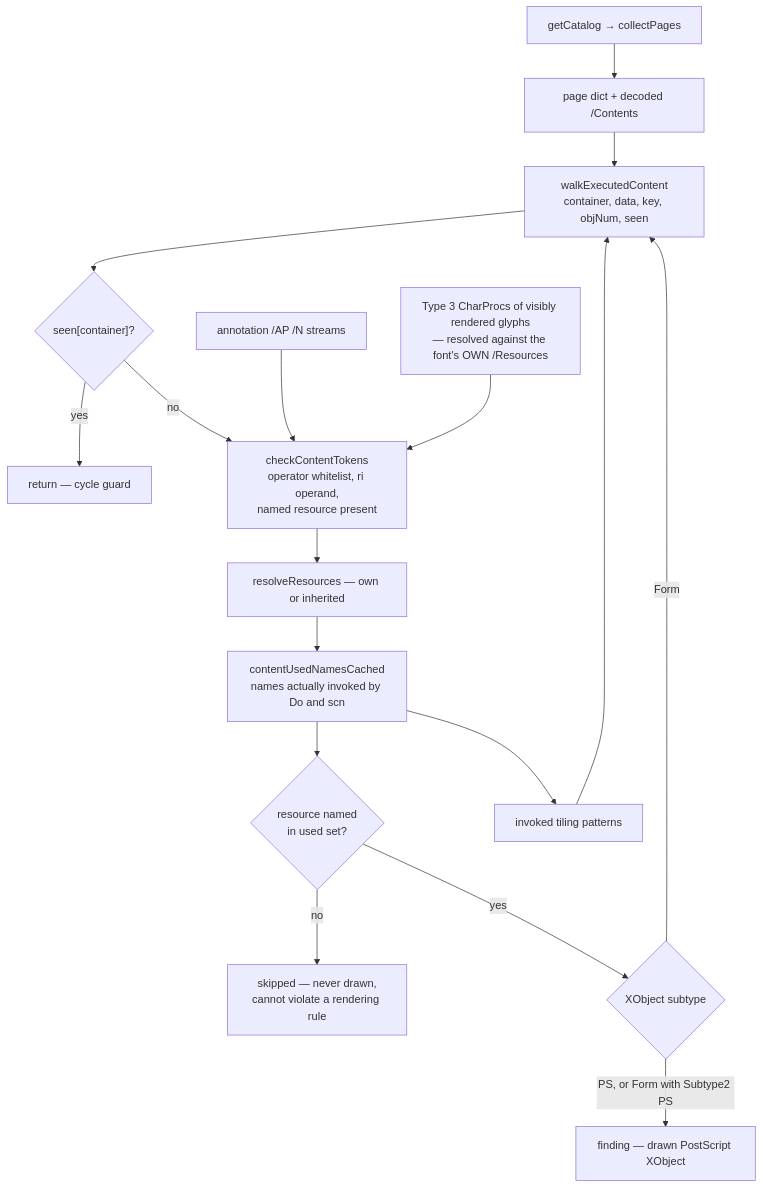
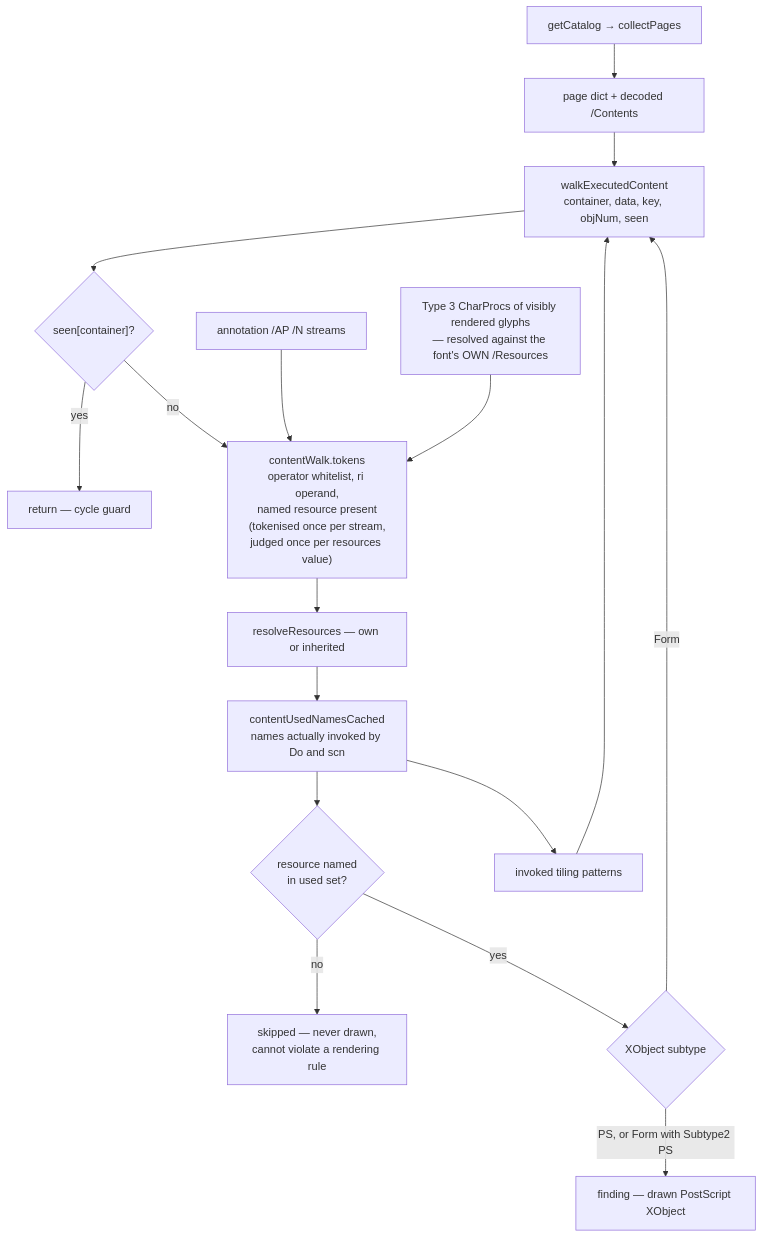
The diagram in docs/pdfa.md (mgilbir/pdf0), drawn with Mermaid before and after one commit. The commit also changed 16 other files, not shown here.

````diff
--- a/docs/pdfa.md
+++ b/docs/pdfa.md
@@ -342,19 +342,19 @@
 ```mermaid
 flowchart TD
     C["getCatalog → collectPages"] --> P["page dict + decoded /Contents"]
     P --> W["walkExecutedContent<br/>container, data, key, objNum, seen"]
     W --> S{"seen[container]?"}
     S -->|yes| STOP["return — cycle guard"]
-    S -->|no| T["checkContentTokens<br/>operator whitelist, ri operand,<br/>named resource present"]
+    S -->|no| T["contentWalk.tokens<br/>operator whitelist, ri operand,<br/>named resource present<br/>(tokenised once per stream,<br/>judged once per resources value)"]
     T --> R["resolveResources — own or inherited"]
     R --> U["contentUsedNamesCached<br/>names actually invoked by Do and scn"]
     U --> X{"resource named<br/>in used set?"}
     X -->|no| SKIP["skipped — never drawn,<br/>cannot violate a rendering rule"]
     X -->|yes| K{"XObject subtype"}
     K -->|"PS, or Form with Subtype2 PS"| V["finding — drawn PostScript XObject"]
     K -->|Form| W
     U --> PT["invoked tiling patterns"] --> W
 
     AP["annotation /AP /N streams"] --> T
     T3["Type 3 CharProcs of visibly rendered glyphs<br/>— resolved against the font's OWN /Resources"] --> T
 ```
````
